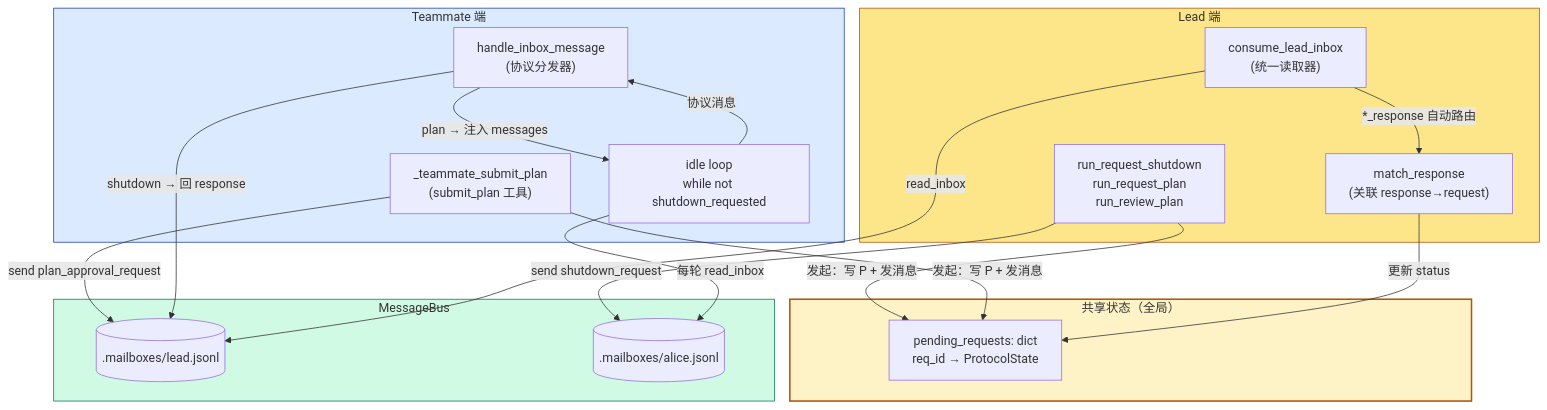
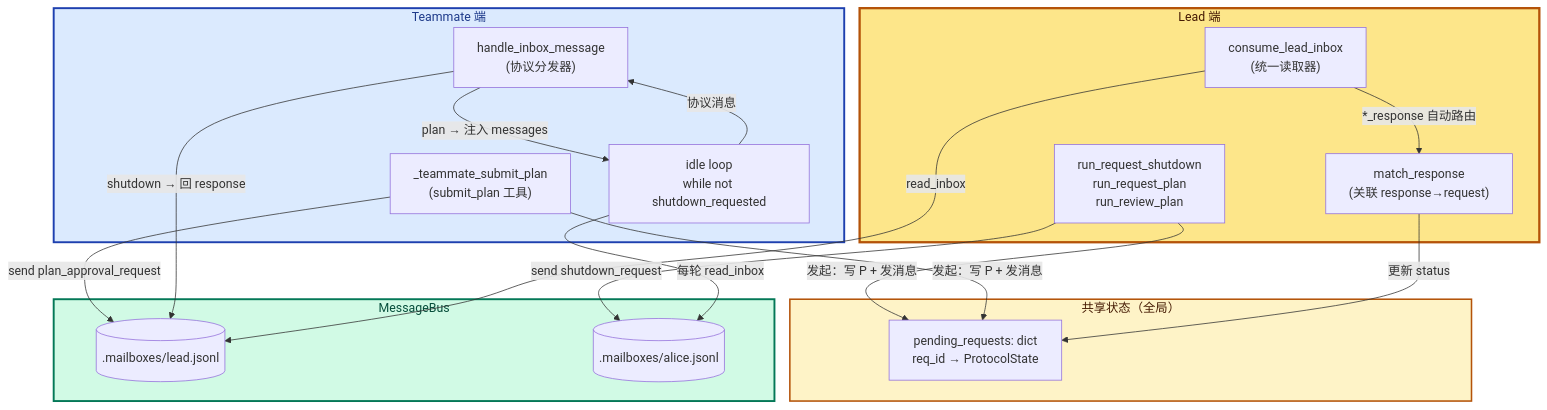
The first of 4 diagrams in Agent/Harness/Claude Code/Phase 5 - 多智能体/16 - Team Protocols.md (PyrePuin/From-Zero-LLM-Agent-Infra-Notes), drawn with Mermaid before and after one commit. The commit also changed other lines of this file and 23 other files, not shown here.

First line of the commit message:
refactor(mermaid): 统一所有图的视觉规范

````diff
--- a/Agent/Harness/Claude Code/Phase 5 - 多智能体/16 - Team Protocols.md
+++ b/Agent/Harness/Claude Code/Phase 5 - 多智能体/16 - Team Protocols.md
@@ -184,42 +184,43 @@
 ```mermaid
+%%{init: {'themeVariables': {'fontSize': '16px', 'fontFamily': 'ui-sans-serif, system-ui, -apple-system, "Segoe UI", Roboto, sans-serif'}}}%%
 flowchart TB
     subgraph Shared["共享状态（全局）"]
         P["pending_requests: dict<br/>req_id → ProtocolState"]
     end
 
     subgraph LeadSide["Lead 端"]
         L1["run_request_shutdown<br/>run_request_plan<br/>run_review_plan"]
         L2["consume_lead_inbox<br/>(统一读取器)"]
         L3["match_response<br/>(关联 response→request)"]
     end
 
     subgraph TeammateSide["Teammate 端"]
         T1["_teammate_submit_plan<br/>(submit_plan 工具)"]
         T2["handle_inbox_message<br/>(协议分发器)"]
         T3["idle loop<br/>while not shutdown_requested"]
     end
 
     subgraph Bus["MessageBus"]
         B1[(".mailboxes/lead.jsonl")]
         B2[(".mailboxes/alice.jsonl")]
     end
 
     L1 -->|"发起：写 P + 发消息"| P
     L1 -->|"send shutdown_request"| B2
     T1 -->|"发起：写 P + 发消息"| P
     T1 -->|"send plan_approval_request"| B1
 
     T3 -->|"每轮 read_inbox"| B2
     T3 -->|"协议消息"| T2
     T2 -->|"shutdown → 回 response"| B1
     T2 -->|"plan → 注入 messages"| T3
 
     L2 -->|"read_inbox"| B1
     L2 -->|"*_response 自动路由"| L3
     L3 -->|"更新 status"| P
 
-    style Shared fill:#fef3c7,stroke:#b45309,stroke-width:2px
-    style LeadSide fill:#fde68a,stroke:#b45309
-    style TeammateSide fill:#dbeafe,stroke:#1e40af
-    style Bus fill:#d1fae5,stroke:#047857
+    style Shared fill:#fef3c7,stroke:#b45309,stroke-width:2px,color:#451a03
+    style LeadSide fill:#fde68a,stroke:#b45309,stroke-width:3px,color:#451a03
+    style TeammateSide fill:#dbeafe,stroke:#1e40af,stroke-width:2.5px,color:#1e3a8a
+    style Bus fill:#d1fae5,stroke:#047857,stroke-width:2.5px,color:#064e3b
 ```
````
